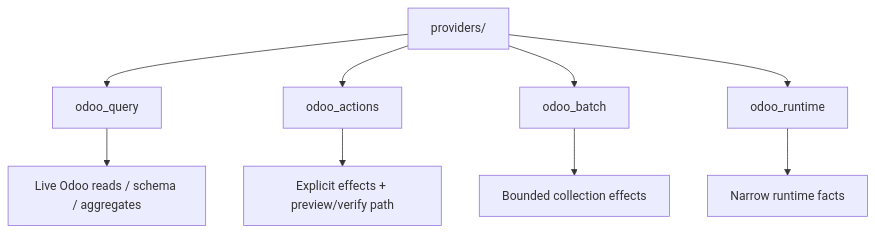
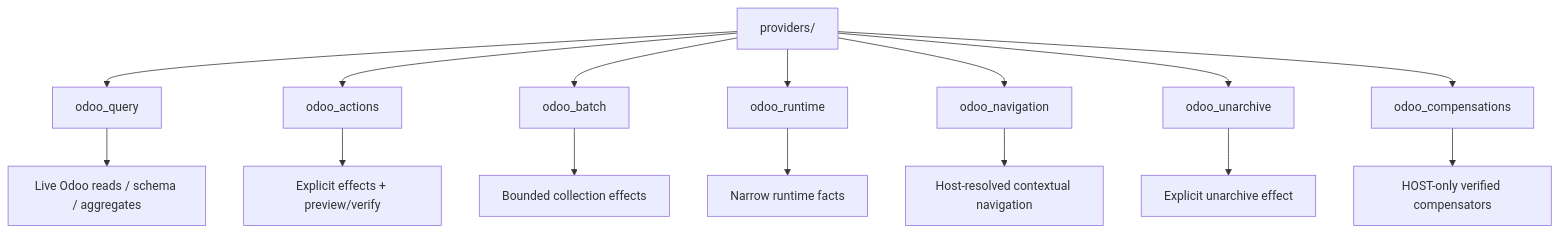
The diagram in addons/odoo_ai_assistant/runtime/capabilities/providers/README.md (CPX-001/ai-odoo-assistant), drawn with Mermaid before and after one commit. The commit also changed other lines of this file, not shown here.

Commit message:
docs(p5.8): document navigation and compensation providers

````diff
--- a/addons/odoo_ai_assistant/runtime/capabilities/providers/README.md
+++ b/addons/odoo_ai_assistant/runtime/capabilities/providers/README.md
@@ -7,12 +7,18 @@
 ```mermaid
 flowchart TB
     P[providers/] --> Q[odoo_query]
     P --> A[odoo_actions]
     P --> B[odoo_batch]
     P --> R[odoo_runtime]
+    P --> N[odoo_navigation]
+    P --> U[odoo_unarchive]
+    P --> C[odoo_compensations]
 
     Q --> READ[Live Odoo reads / schema / aggregates]
-    A --> EFFECT[Explicit effects + preview/verify path]
+    A --> EFFECT[Explicit effects + preview/verify]
     B --> BATCH[Bounded collection effects]
     R --> FACTS[Narrow runtime facts]
+    N --> NAV[Host-resolved contextual navigation]
+    U --> UNARCH[Explicit unarchive effect]
+    C --> REVERT[HOST-only verified compensators]
 ```
````
